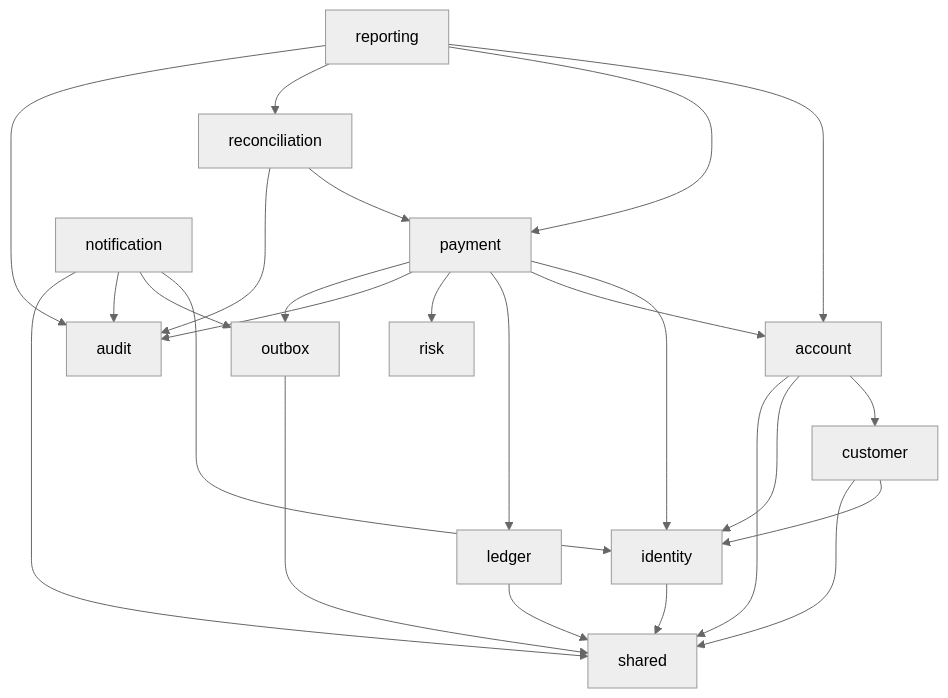
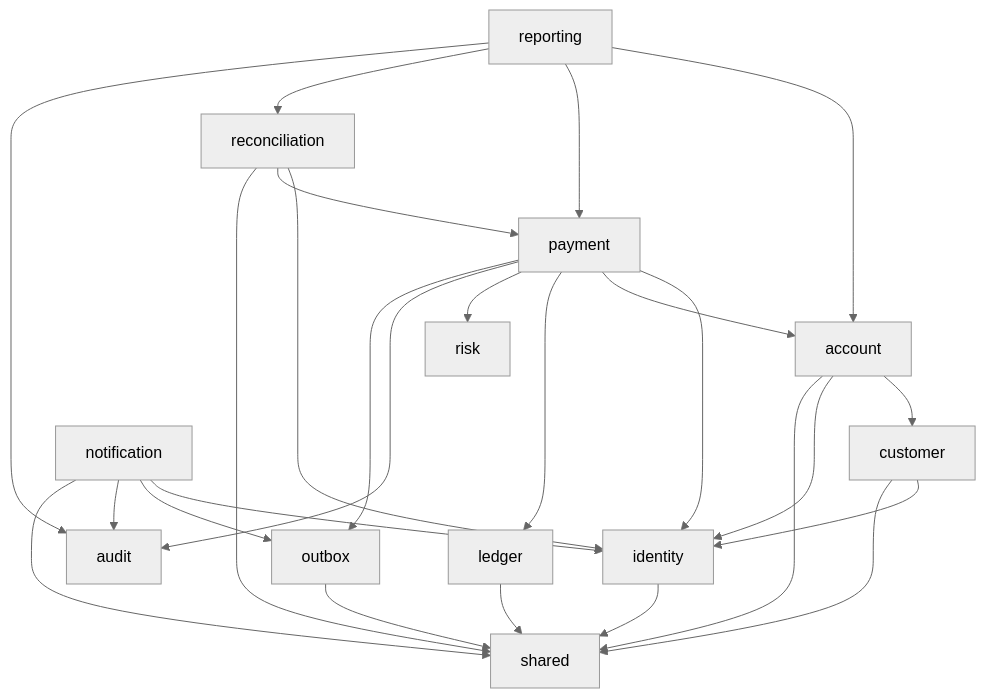
The third of 5 diagrams in docs/architecture/overview.md (SamHarrison1999/event-driven-payments-platform), drawn with Mermaid (neutral theme) before and after one commit. The commit also changed other lines of this file and 3 other files, not shown here.

````diff
--- a/docs/architecture/overview.md
+++ b/docs/architecture/overview.md
@@ -222,40 +253,41 @@
 ```mermaid
 flowchart TB
     identity["identity"]
     customer["customer"]
     account["account"]
     payment["payment"]
     ledger["ledger"]
     risk["risk"]
     reconciliation["reconciliation"]
     notification["notification"]
     audit["audit"]
     reporting["reporting"]
     outbox["outbox"]
     shared["shared"]
 
     identity --> shared
     customer --> identity
     customer --> shared
     account --> customer
     account --> identity
     account --> shared
     payment --> identity
     payment --> account
     payment --> ledger
     payment --> risk
     payment --> audit
     payment --> outbox
     outbox --> shared
     ledger --> shared
+    reconciliation --> identity
     reconciliation --> payment
-    reconciliation --> audit
+    reconciliation --> shared
     notification --> identity
     notification --> outbox
     notification --> audit
     notification --> shared
     reporting --> account
     reporting --> payment
     reporting --> reconciliation
     reporting --> audit
 ```
````
